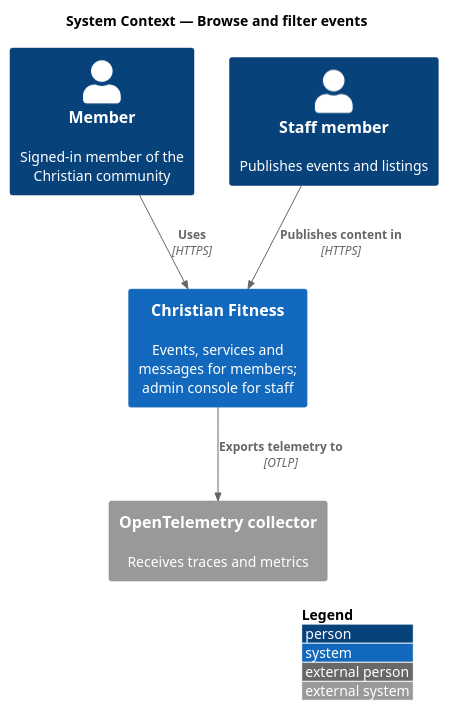
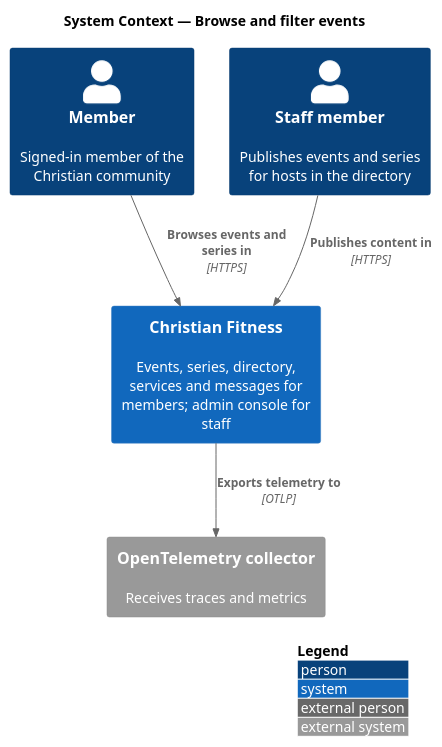
The diagram in docs/detailed-designs/events/browse-events/diagrams/c4-context.puml (QuinntyneBrown/christian-fitness), drawn with PlantUML before and after one commit. The commit also changed 84 other files, not shown here.

```diff
--- a/docs/detailed-designs/events/browse-events/diagrams/c4-context.puml
+++ b/docs/detailed-designs/events/browse-events/diagrams/c4-context.puml
@@ -1,13 +1,13 @@
 @startuml
 !include <C4/C4_Context>
 LAYOUT_WITH_LEGEND()
 title System Context — Browse and filter events
 
 Person(member, "Member", "Signed-in member of the Christian community")
-Person(staff, "Staff member", "Publishes events and listings")
-System(cf, "Christian Fitness", "Events, services and messages for members; admin console for staff")
+Person(staff, "Staff member", "Publishes events and series for hosts in the directory")
+System(cf, "Christian Fitness", "Events, series, directory, services and messages for members; admin console for staff")
 System_Ext(otel, "OpenTelemetry collector", "Receives traces and metrics")
-Rel(member, cf, "Uses", "HTTPS")
+Rel(member, cf, "Browses events and series in", "HTTPS")
 Rel(staff, cf, "Publishes content in", "HTTPS")
 Rel(cf, otel, "Exports telemetry to", "OTLP")
 @enduml
```
